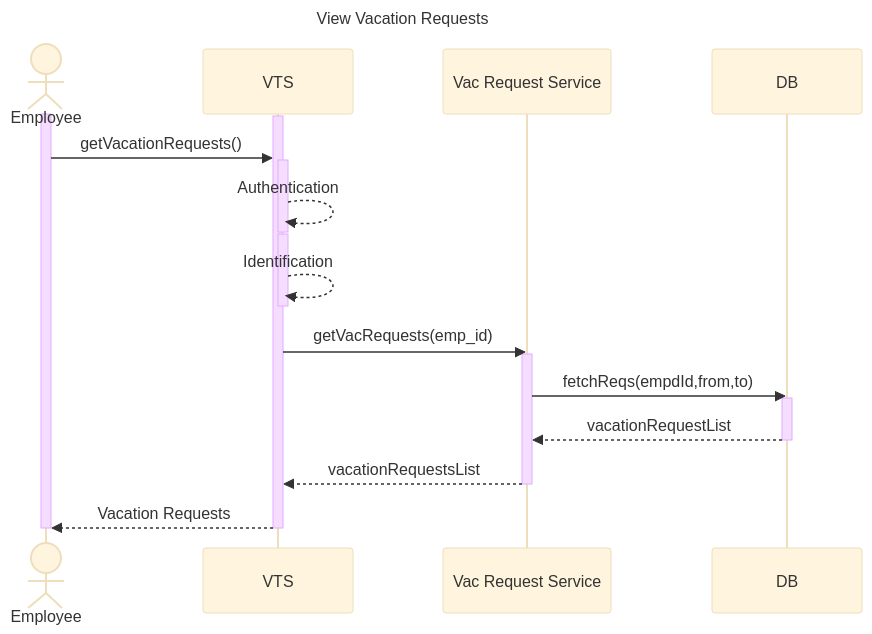
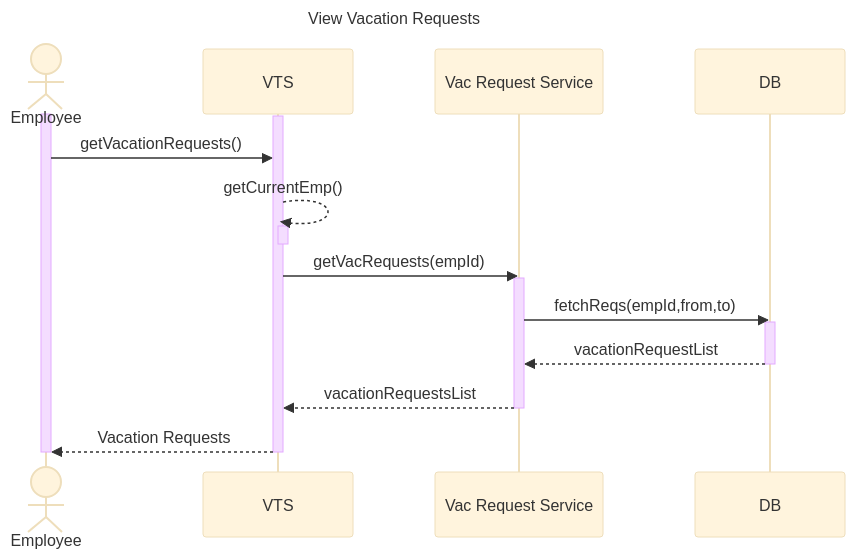
One commit to Abdelfattah97/VTS changed the third of 4 diagrams in design.md. Above: the diagram before and after it, drawn with Mermaid (base theme). The commit also changed other lines of this file and 1 other file, not shown here.

Commit message:
Added Pseudocode , Updated make vacation req Seq Diagram

````diff
--- a/design.md
+++ b/design.md
@@ -227,31 +242,28 @@
 ```mermaid
 sequenceDiagram
 
 title View Vacation Requests
 
 Actor Employee
 participant VTS
 participant Vac Request Service
 Activate Employee
 Activate VTS
 Employee->>VTS:getVacationRequests()
+VTS-->> VTS:getCurrentEmp()
 Activate VTS
-VTS-->> VTS:Authentication
 Deactivate VTS
-Activate VTS
-VTS-->> VTS:Identification
-Deactivate VTS
-VTS->>Vac Request Service:getVacRequests(emp_id)
+VTS->>Vac Request Service:getVacRequests(empId)
 activate Vac Request Service
-Vac Request Service ->> DB: fetchReqs(empdId,from,to)
+Vac Request Service ->> DB: fetchReqs(empId,from,to)
 activate DB
 DB-->> Vac Request Service: vacationRequestList
 Deactivate DB
 Vac Request Service-->>VTS:vacationRequestsList
 deactivate Vac Request Service
 
 VTS-->>Employee:Vacation Requests
 Deactivate VTS
 
 Deactivate Employee
 ```
````
